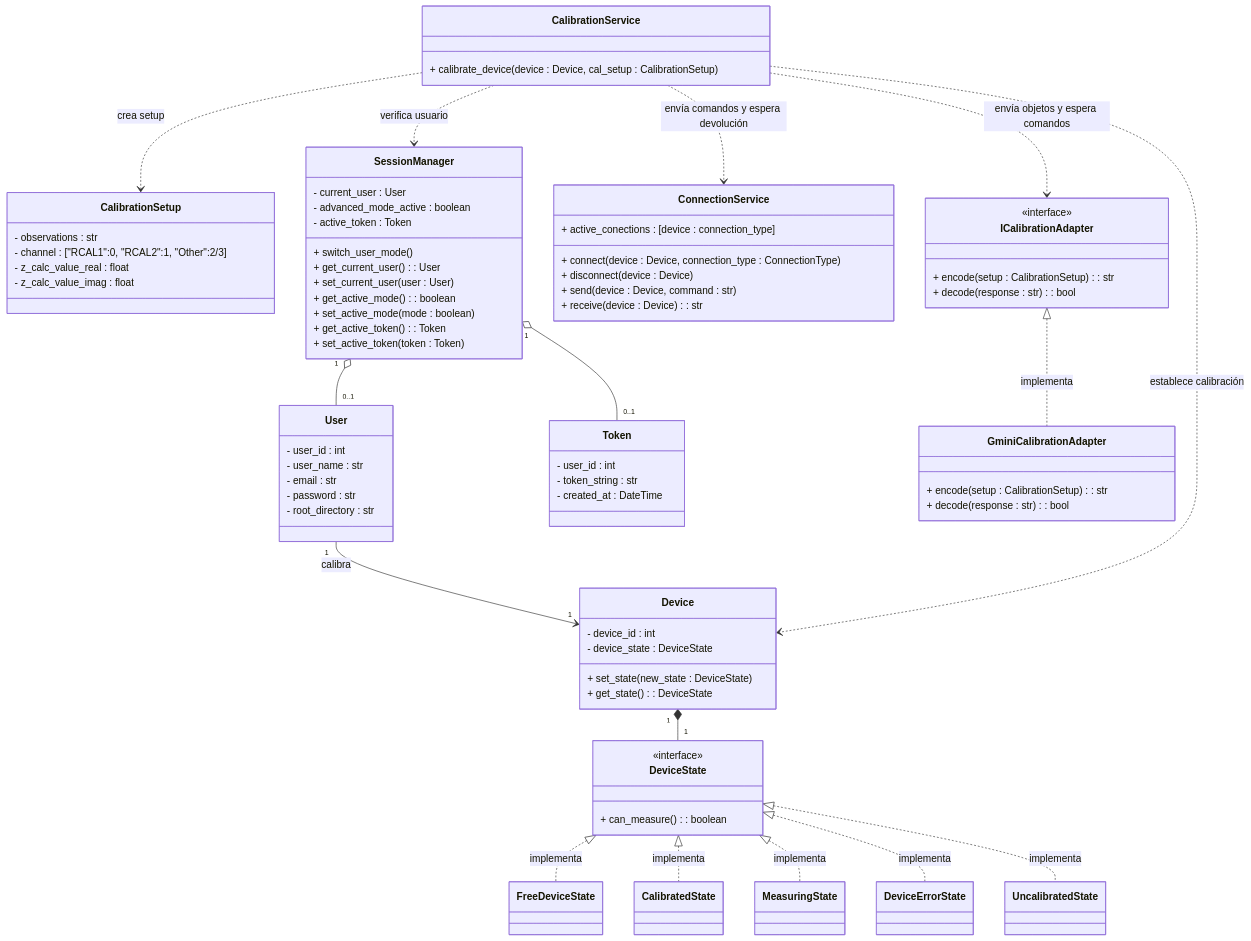
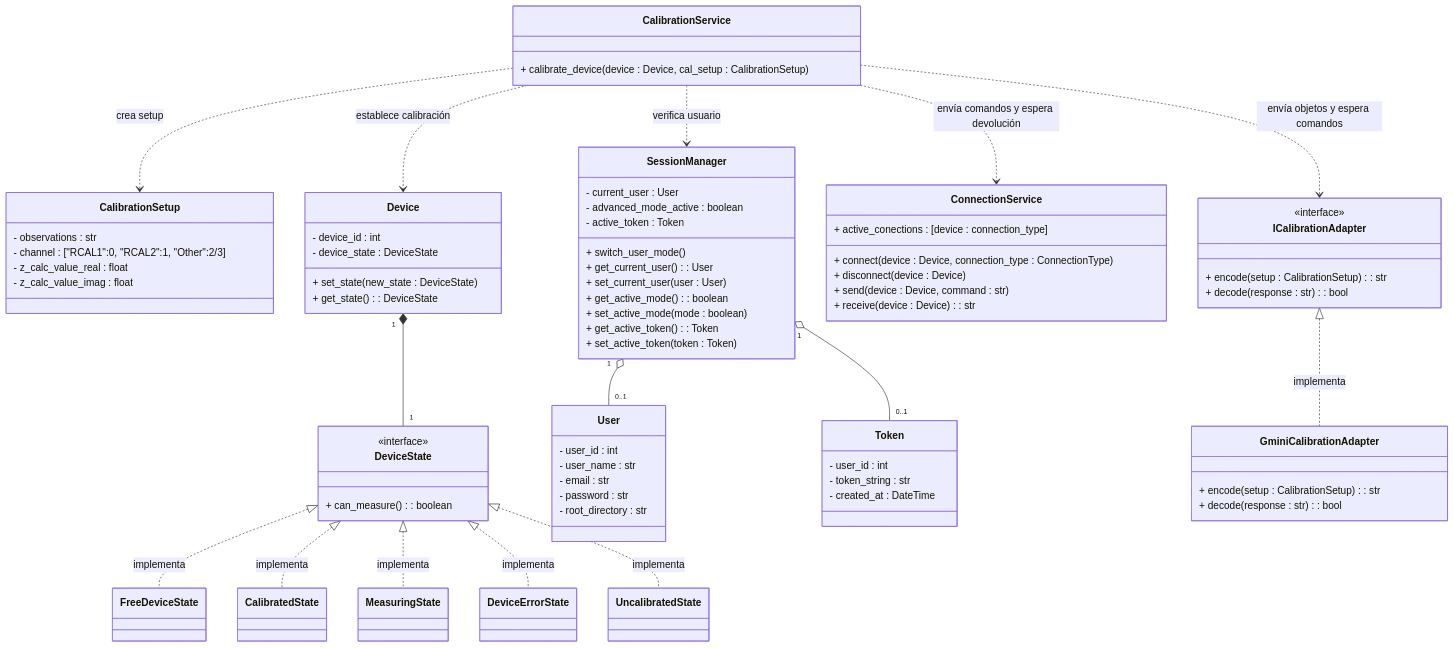
Before and after one commit to alegrelias/Repo-GMini: the third of 6 diagrams in Gmini-MarkDown/Diagramas/Clases Conceptuales.md, drawn with Mermaid. The commit also changed other lines of this file, not shown here.

Commit message:
Se modifica diagrama de clases

```diff
--- a/Gmini-MarkDown/Diagramas/Clases Conceptuales.md
+++ b/Gmini-MarkDown/Diagramas/Clases Conceptuales.md
@@ -524,7 +524,6 @@
 } 
 
 %% relaciones
-User "1"-->"1" Device : calibra
 
 Device "1"*--"1" DeviceState
 
```
